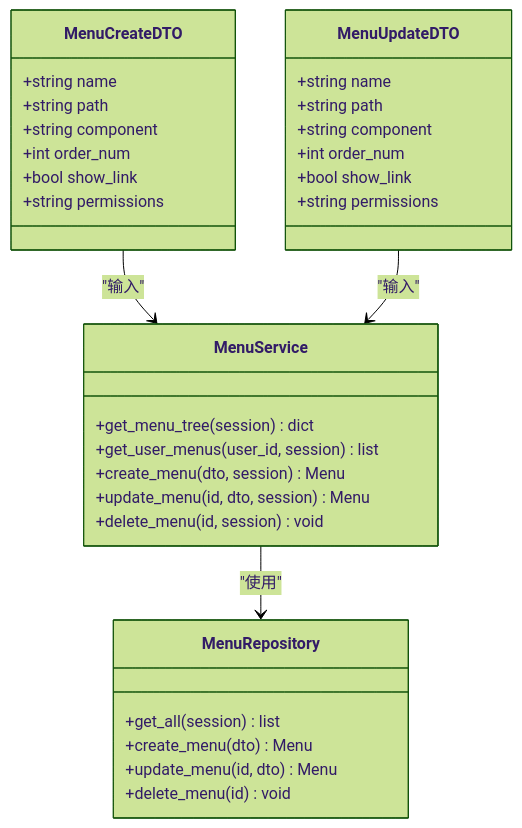
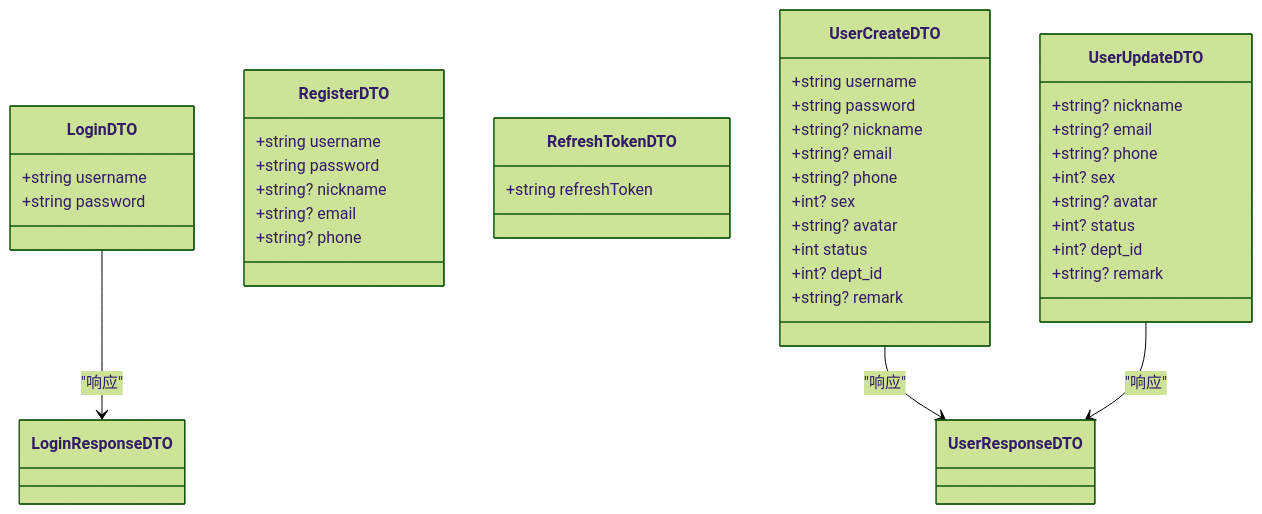
One commit to taoweidong/Hello-FastApi changed the seventh of 9 diagrams in .qoder/repowiki/zh/content/Api Response Standards.md. Above: the diagram before and after it, drawn with Mermaid (forest theme). The commit also changed other lines of this file and 11 other files, not shown here.

````diff
--- a/.qoder/repowiki/zh/content/Api Response Standards.md
+++ b/.qoder/repowiki/zh/content/Api Response Standards.md
@@ -334,35 +295,42 @@
 ```mermaid
 classDiagram
-class MenuCreateDTO {
-+string name
-+string path
-+string component
-+int order_num
-+bool show_link
-+string permissions
+class LoginDTO {
++string username
++string password
 }
-class MenuUpdateDTO {
-+string name
-+string path
-+string component
-+int order_num
-+bool show_link
-+string permissions
+class RegisterDTO {
++string username
++string password
++string? nickname
++string? email
++string? phone
 }
-class MenuRepository {
-+get_all(session) list
-+create_menu(dto) Menu
-+update_menu(id, dto) Menu
-+delete_menu(id) void
+class RefreshTokenDTO {
++string refreshToken
 }
-class MenuService {
-+get_menu_tree(session) dict
-+get_user_menus(user_id, session) list
-+create_menu(dto, session) Menu
-+update_menu(id, dto, session) Menu
-+delete_menu(id, session) void
+class UserCreateDTO {
++string username
++string password
++string? nickname
++string? email
++string? phone
++int? sex
++string? avatar
++int status
++int? dept_id
++string? remark
 }
-MenuService --> MenuRepository : "使用"
-MenuCreateDTO --> MenuService : "输入"
-MenuUpdateDTO --> MenuService : "输入"
+class UserUpdateDTO {
++string? nickname
++string? email
++string? phone
++int? sex
++string? avatar
++int? status
++int? dept_id
++string? remark
+}
+LoginDTO --> LoginResponseDTO : "响应"
+UserCreateDTO --> UserResponseDTO : "响应"
+UserUpdateDTO --> UserResponseDTO : "响应"
 ```
````
